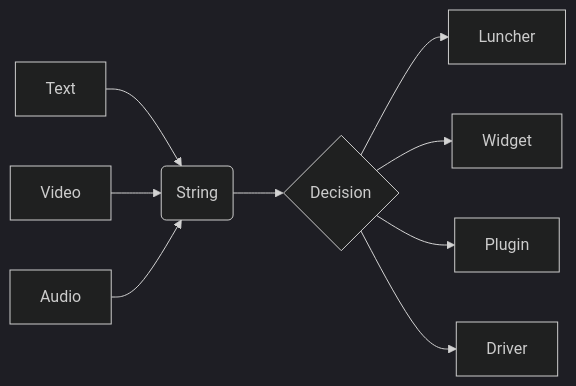
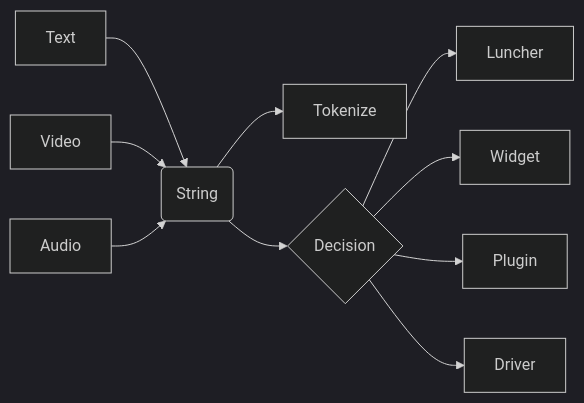
One commit to sh-navid/NExT changed the diagram in README.md. Above: the diagram before and after it, drawn with Mermaid (dark theme).

````diff
--- a/README.md
+++ b/README.md
@@ -7,13 +7,15 @@
 ```mermaid
 flowchart LR
 
 A1[Text]  -->| | B(String)
 A2[Video] -->| | B(String)
 A3[Audio] -->| | B(String)
 
+B --> Tokenize
+
 B --> C{Decision}
 C -->| | D1[Luncher]
 C -->| | D2[Widget]
 C -->| | D3[Plugin]
 C -->| | D4[Driver]
 ```
````
